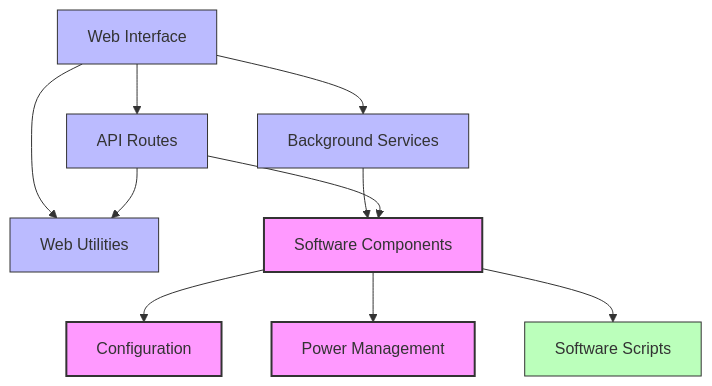
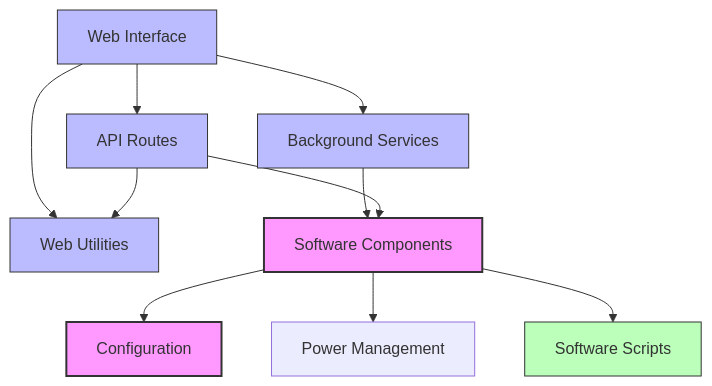
The diagram in docs/index.md (zane-lazare/creaturebox-refactor), drawn with Mermaid before and after one commit.

Commit message:
Fix Mermaid syntax in index.md

```diff
--- a/docs/index.md
+++ b/docs/index.md
@@ -17,25 +17,20 @@
 <div class="mermaid">
-graph TD
+graph TD;
+    Web[Web Interface] --> Routes[API Routes];
+    Web --> Services[Background Services];
+    Web --> WebUtils[Web Utilities];
+    Services --> Software[Software Components];
+    Routes --> WebUtils;
+    Routes --> Software;
+    Software --> Config[Configuration];
+    Software --> Power[Power Management];
+    Software --> Scripts[Software Scripts];
+    
     classDef core fill:#f9f,stroke:#333,stroke-width:2px;
     classDef web fill:#bbf,stroke:#333,stroke-width:1px;
     classDef util fill:#bfb,stroke:#333,stroke-width:1px;
-
-    Web[Web Interface]:::web --> Routes[API Routes]:::web
-    Web --> Services[Background Services]:::web
-    Web --> WebUtils[Web Utilities]:::web
-    Services --> Software[Software Components]:::core
-    Routes --> WebUtils
-    Routes --> Software
-    Software --> Config[Configuration]:::core
-    Software --> Power[Power Management]:::core
-    Software --> Scripts[Software Scripts]:::util
-
-    click Web "src-web" "View Web Core Documentation"
-    click Routes "src-web-routes" "View Routes Documentation"
-    click Services "src-web-services" "View Services Documentation"
-    click WebUtils "src-web-utils" "View Web Utilities Documentation"
-    click Software "src-software" "View Software Documentation"
-    click Config "src-config" "View Configuration Documentation"
-    click Power "src-power" "View Power Management Documentation"
-    click Scripts "src-software-scripts" "View Scripts Documentation"
+    
+    class Config,Software core;
+    class Web,Routes,Services,WebUtils web;
+    class Scripts util;
 </div>
```
